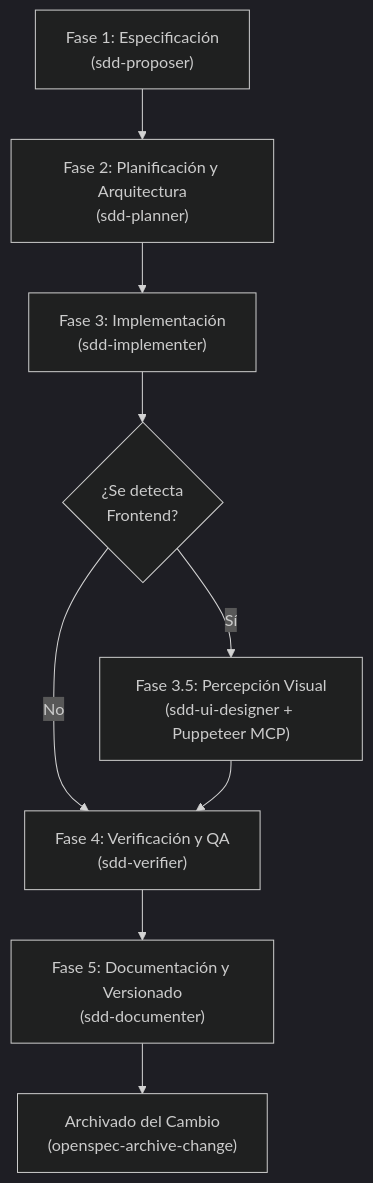
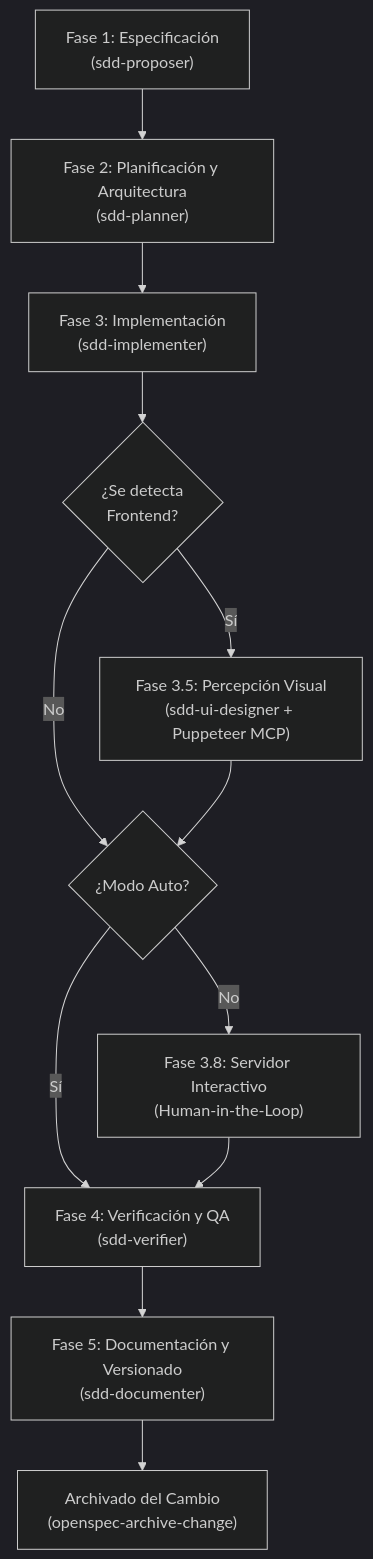
One commit to Danielisla96/zugzbot changed the diagram in README.md. Above: the diagram before and after it, drawn with Mermaid (dark theme). The commit also changed other lines of this file and 7 other files, not shown here.

````diff
--- a/README.md
+++ b/README.md
@@ -12,11 +12,14 @@
 ```mermaid
 graph TD
     A["Fase 1: Especificación\n(sdd-proposer)"] --> B["Fase 2: Planificación y Arquitectura\n(sdd-planner)"]
     B --> C["Fase 3: Implementación\n(sdd-implementer)"]
     C --> D{"¿Se detecta\nFrontend?"}
     D -- Sí --> E["Fase 3.5: Percepción Visual\n(sdd-ui-designer + Puppeteer MCP)"]
-    D -- No --> F["Fase 4: Verificación y QA\n(sdd-verifier)"]
-    E --> F
+    D -- No --> HIL{"¿Modo Auto?"}
+    E --> HIL
+    HIL -- No --> I["Fase 3.8: Servidor Interactivo\n(Human-in-the-Loop)"]
+    HIL -- Sí --> F["Fase 4: Verificación y QA\n(sdd-verifier)"]
+    I --> F
     F --> G["Fase 5: Documentación y Versionado\n(sdd-documenter)"]
     G --> H["Archivado del Cambio\n(openspec-archive-change)"]
 ```
````
